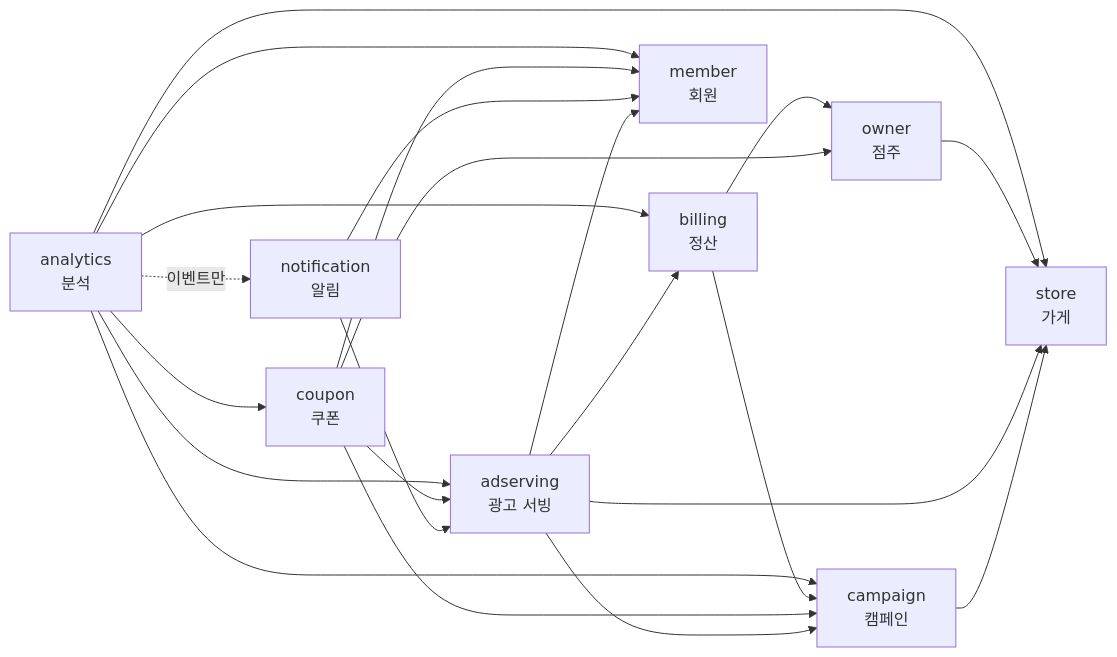
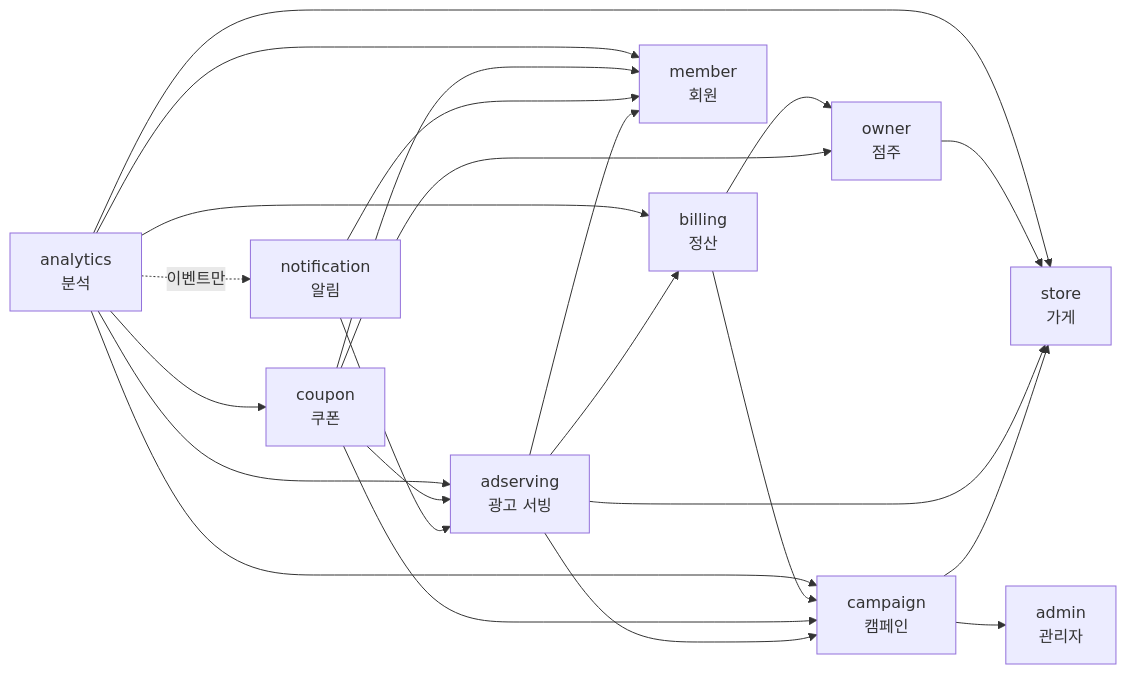
One commit to lunch-catch/lc-backend changed the second of 2 diagrams in docs/architecture/런치캐치_도메인_구조와_의존성_설계.md. Above: the diagram before and after it, drawn with Mermaid. The commit also changed other lines of this file, not shown here.

Commit message:
[Docs] campaign에서 admin을 조회하는 의존 방향을 아키텍처 설계서에 추가한다

````diff
--- a/docs/architecture/런치캐치_도메인_구조와_의존성_설계.md
+++ b/docs/architecture/런치캐치_도메인_구조와_의존성_설계.md
@@ -225,34 +225,36 @@
 ```mermaid
 flowchart LR
   ANA["analytics<br/>분석"]
   COU["coupon<br/>쿠폰"]
   NOT["notification<br/>알림"]
   OWN["owner<br/>점주"]
   ADS["adserving<br/>광고 서빙"]
   BIL["billing<br/>정산"]
   MEM["member<br/>회원"]
   CAM["campaign<br/>캠페인"]
   STO["store<br/>가게"]
+  ADM["admin<br/>관리자"]
 
   ANA --> ADS
   ANA --> BIL
   ANA --> COU
   ANA --> CAM
   ANA --> MEM
   ANA --> STO
   ANA -. "이벤트만" .-> NOT
   BIL --> CAM
   BIL --> OWN
   COU --> ADS
   COU --> CAM
   COU --> MEM
   COU --> OWN
   NOT --> ADS
   NOT --> MEM
   OWN --> STO
   ADS --> BIL
   ADS --> CAM
   ADS --> MEM
   ADS --> STO
   CAM --> STO
+  CAM --> ADM
 ```
````
